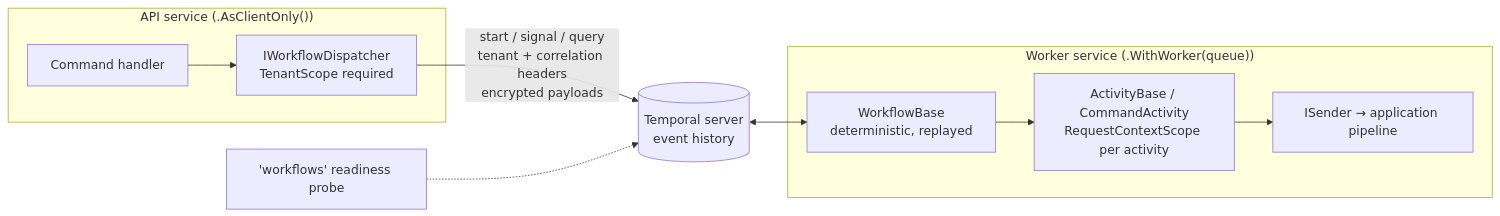
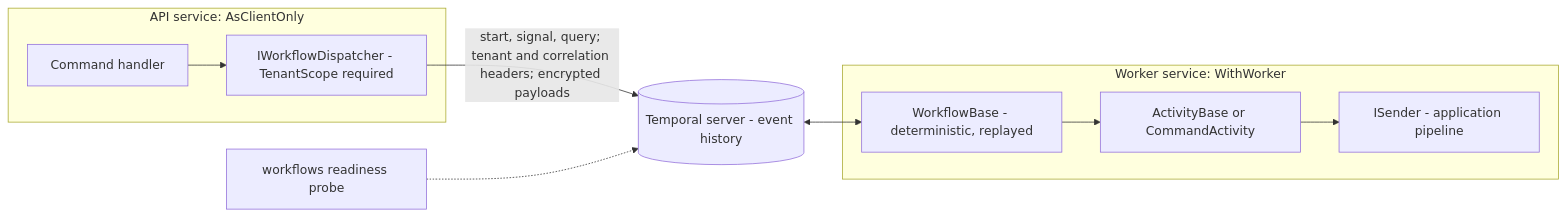
The diagram in src/Infrastructure/Workflows/README.md (Gresta-Vertex-Labs/platform-shared-kernel), drawn with Mermaid before and after one commit. The commit also changed other lines of this file and 228 other files, not shown here.

````diff
--- a/src/Infrastructure/Workflows/README.md
+++ b/src/Infrastructure/Workflows/README.md
@@ -59,13 +51,13 @@
 ```mermaid
 flowchart LR
-    subgraph Api["API service (.AsClientOnly())"]
-        H["Command handler"] --> D["IWorkflowDispatcher<br/>TenantScope required"]
+    subgraph Api["API service: AsClientOnly"]
+        H["Command handler"] --> D["IWorkflowDispatcher - TenantScope required"]
     end
-    D -- "start / signal / query<br/>tenant + correlation headers<br/>encrypted payloads" --> T[("Temporal server<br/>event history")]
-    subgraph Worker["Worker service (.WithWorker(queue))"]
-        W["WorkflowBase<br/>deterministic, replayed"] --> A["ActivityBase / CommandActivity<br/>RequestContextScope per activity"]
-        A --> S["ISender → application pipeline"]
+    D -- "start, signal, query; tenant and correlation headers; encrypted payloads" --> T[("Temporal server - event history")]
+    subgraph Worker["Worker service: WithWorker"]
+        W["WorkflowBase - deterministic, replayed"] --> A["ActivityBase or CommandActivity"]
+        A --> S["ISender - application pipeline"]
     end
     T <--> W
-    P["'workflows' readiness probe"] -.-> T
+    P["workflows readiness probe"] -.-> T
 ```
````
